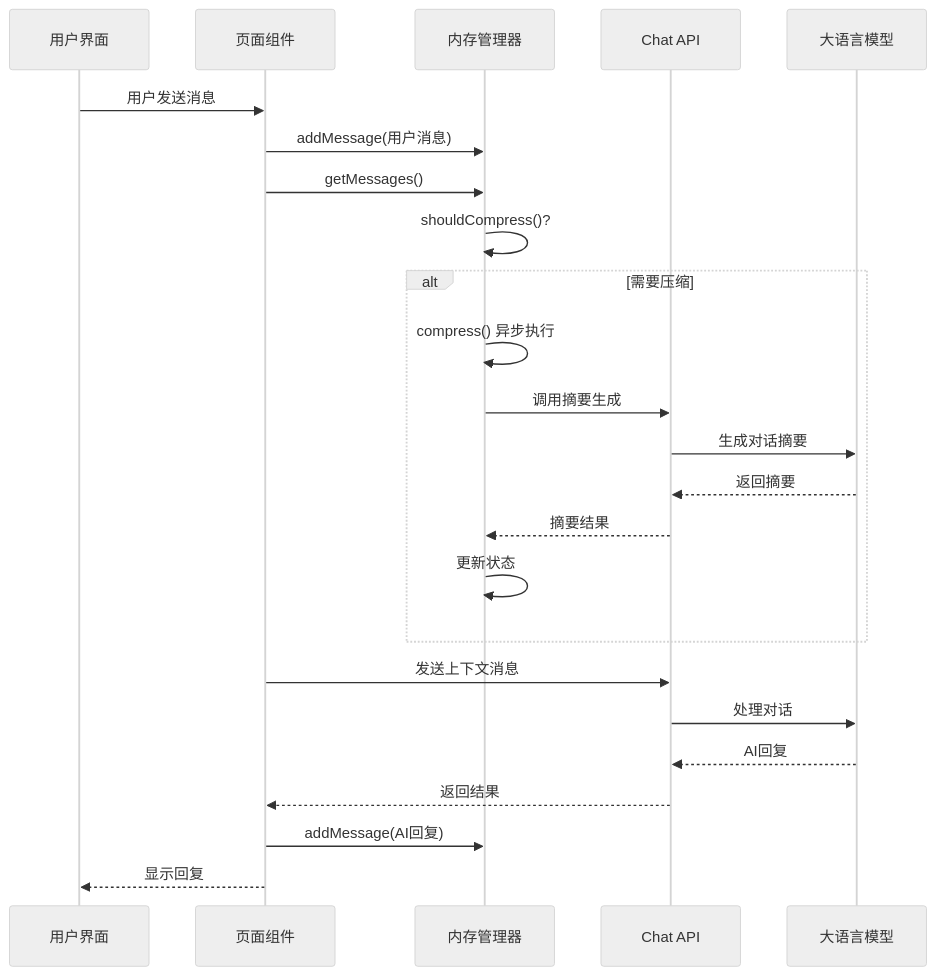
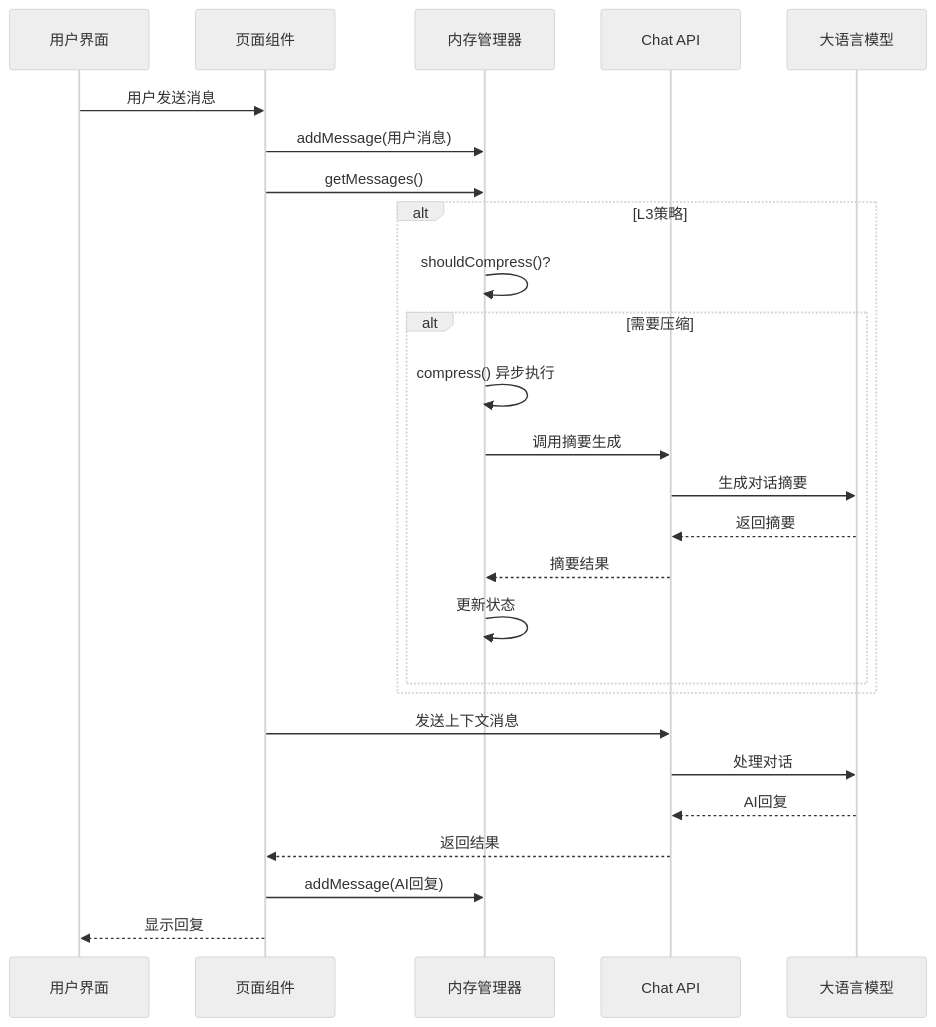
The second of 10 diagrams in .qoder/repowiki/zh/content/核心技能详解/内存管理系统.md (CryptoLinxu/Web3-AI-Agent), drawn with Mermaid (neutral theme) before and after one commit. The commit also changed other lines of this file and 6 other files, not shown here.

````diff
--- a/.qoder/repowiki/zh/content/核心技能详解/内存管理系统.md
+++ b/.qoder/repowiki/zh/content/核心技能详解/内存管理系统.md
@@ -97,26 +107,28 @@
 ```mermaid
 sequenceDiagram
 participant UI as 用户界面
 participant Page as 页面组件
 participant Memory as 内存管理器
 participant API as Chat API
 participant LLM as 大语言模型
 UI->>Page : 用户发送消息
 Page->>Memory : addMessage(用户消息)
 Page->>Memory : getMessages()
+alt L3策略
 Memory->>Memory : shouldCompress()?
 alt 需要压缩
 Memory->>Memory : compress() 异步执行
 Memory->>API : 调用摘要生成
 API->>LLM : 生成对话摘要
 LLM-->>API : 返回摘要
 API-->>Memory : 摘要结果
 Memory->>Memory : 更新状态
 end
+end
 Page->>API : 发送上下文消息
 API->>LLM : 处理对话
 LLM-->>API : AI回复
 API-->>Page : 返回结果
 Page->>Memory : addMessage(AI回复)
 Page-->>UI : 显示回复
 ```
````
